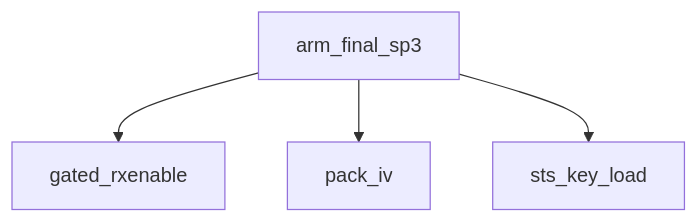
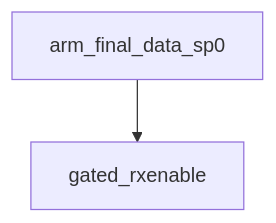
One commit to jonathan-shc/UWB changed the diagram in docs/architecture/modules.woz_uwb.src.ccc/ccc_shim_rx.c.md. Above: the diagram before and after it, drawn with Mermaid. The commit also changed other lines of this file and 9 other files, not shown here.

````diff
--- a/docs/architecture/modules.woz_uwb.src.ccc/ccc_shim_rx.c.md
+++ b/docs/architecture/modules.woz_uwb.src.ccc/ccc_shim_rx.c.md
@@ -9,6 +9,4 @@
 ```mermaid
 flowchart TD
-  arm_final_sp3 --> gated_rxenable
-  arm_final_sp3 --> pack_iv
-  arm_final_sp3 --> sts_key_load
+  arm_final_data_sp0 --> gated_rxenable
 ```
````
